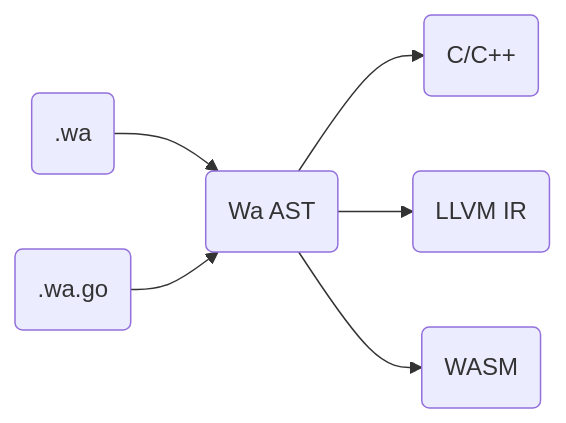
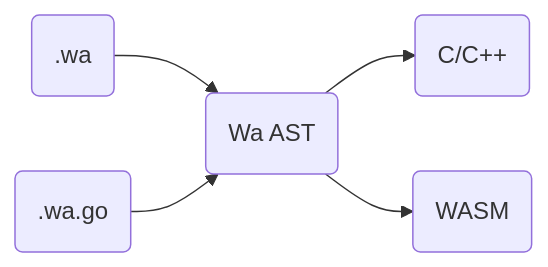
Before and after one commit to wa-lang/wa: the diagram in docs/goals.md, drawn with Mermaid. The commit also changed other lines of this file and 44 other files, not shown here.

````diff
--- a/docs/goals.md
+++ b/docs/goals.md
@@ -46,18 +46,16 @@
 ```mermaid
 graph LR
     wa_ext(.wa);
     wago_ext(.wa.go);
 
     wa_ast(Wa AST);
 
     c_cpp(C/C++);
-    llir(LLVM IR);
     wasm(WASM);
 
     wa_ext   --> wa_ast;
     wago_ext --> wa_ast;
 
     wa_ast --> c_cpp;
-    wa_ast --> llir;
     wa_ast --> wasm;
 ```
````
